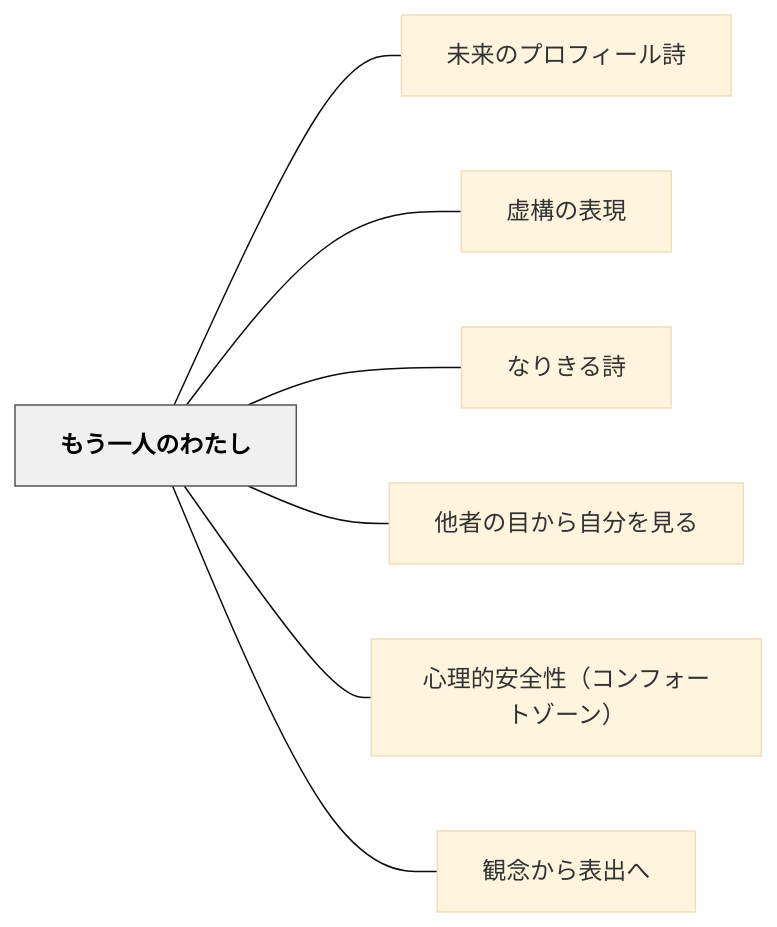
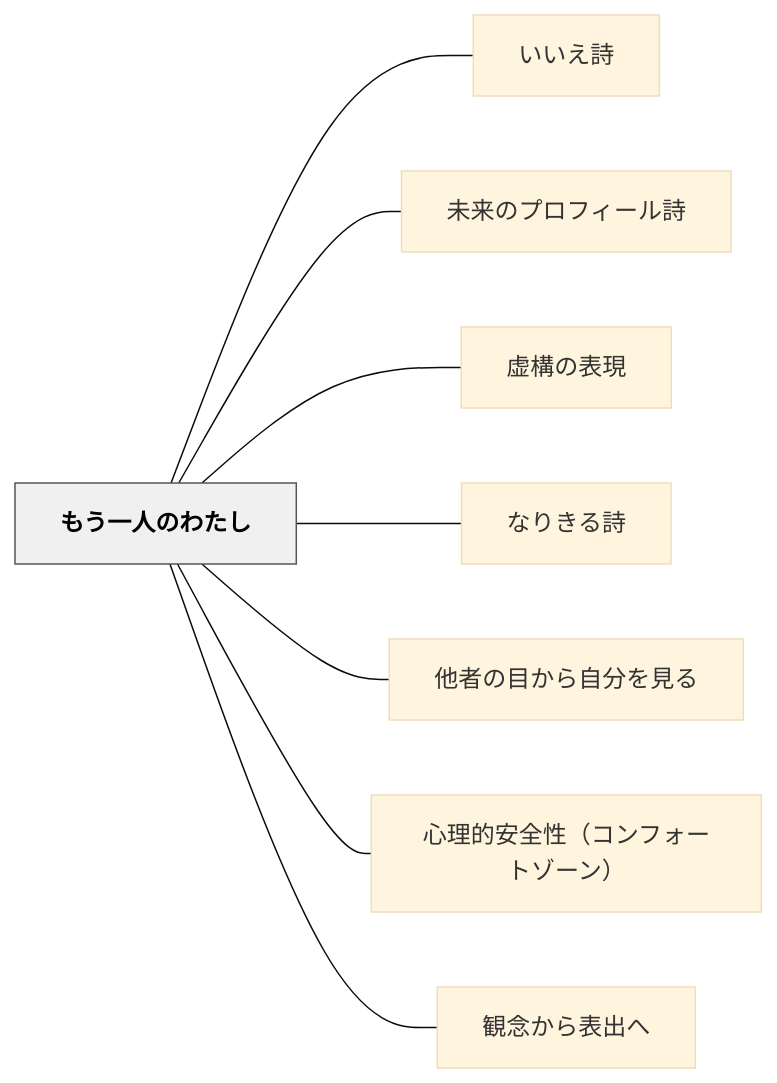
One commit to unknownthings-ed-patterns/unknownthings-ed-patterns changed the diagram in content/パタン/もう一人のわたし.md. Above: the diagram before and after it, drawn with Mermaid (base theme). The commit also changed other lines of this file and 473 other files, not shown here.

````diff
--- a/content/パタン/もう一人のわたし.md
+++ b/content/パタン/もう一人のわたし.md
@@ -123,20 +123,22 @@
 ```mermaid
 flowchart LR
     ne38282e38186["もう一人のわたし"]
+    ne38184e38184["いいえ詩"]
     ne69caae69da5["未来のプロフィール詩"]
     ne8999ae6a78b["虚構の表現"]
     ne381aae3828a["なりきる詩"]
     ne4bb96e88085["他者の目から自分を見る"]
     ne5bf83e79086["心理的安全性（コンフォートゾーン）"]
     ne8a6b3e5bfb5["観念から表出へ"]
 
+    ne38282e38186 --- ne38184e38184
     ne38282e38186 --- ne69caae69da5
     ne38282e38186 --- ne8999ae6a78b
     ne38282e38186 --- ne381aae3828a
     ne38282e38186 --- ne4bb96e88085
     ne38282e38186 --- ne5bf83e79086
     ne38282e38186 --- ne8a6b3e5bfb5
 
     classDef hub fill:#f0f0f0,stroke:#555,color:#000,font-weight:bold
     class ne38282e38186 hub
 ```
````
